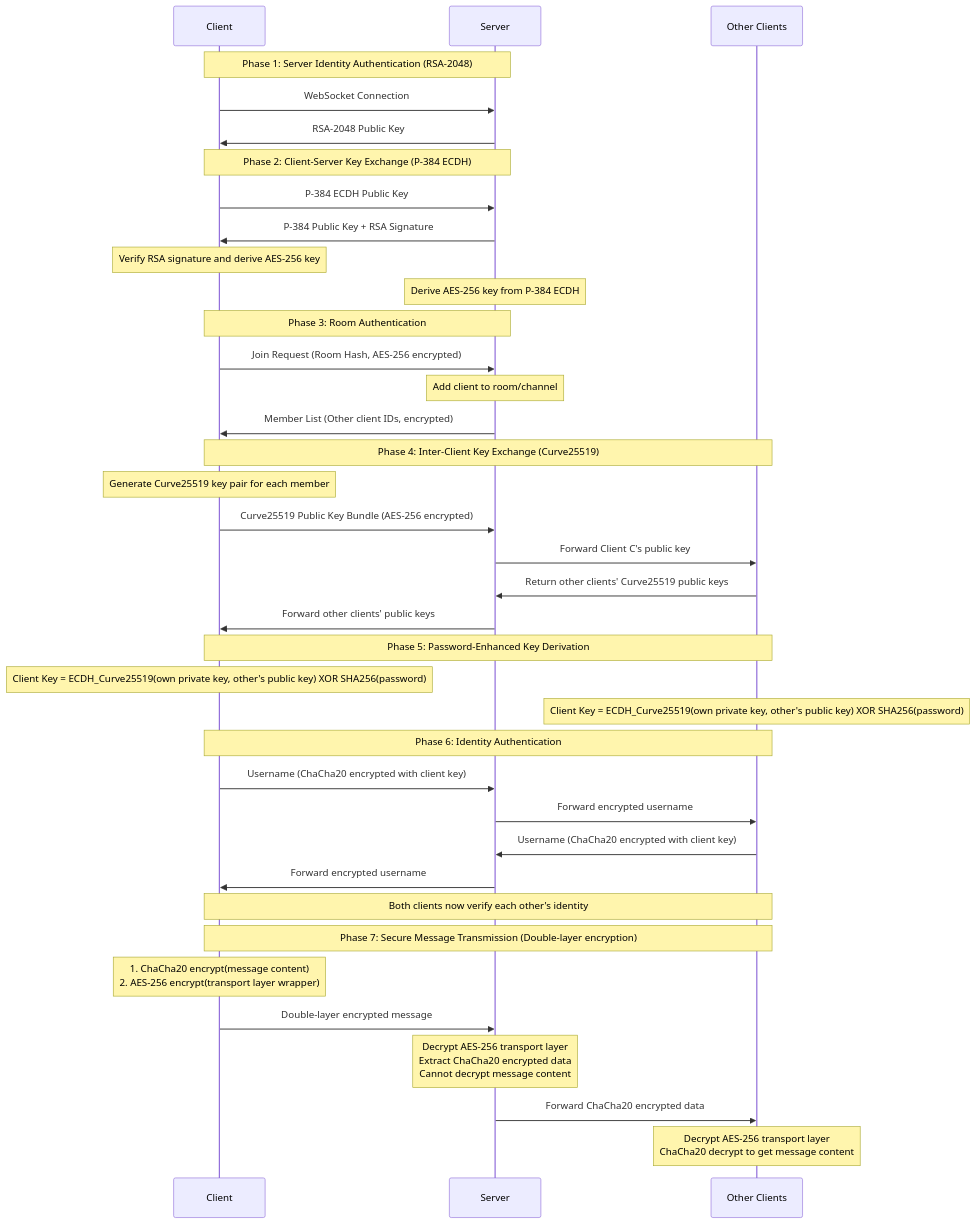
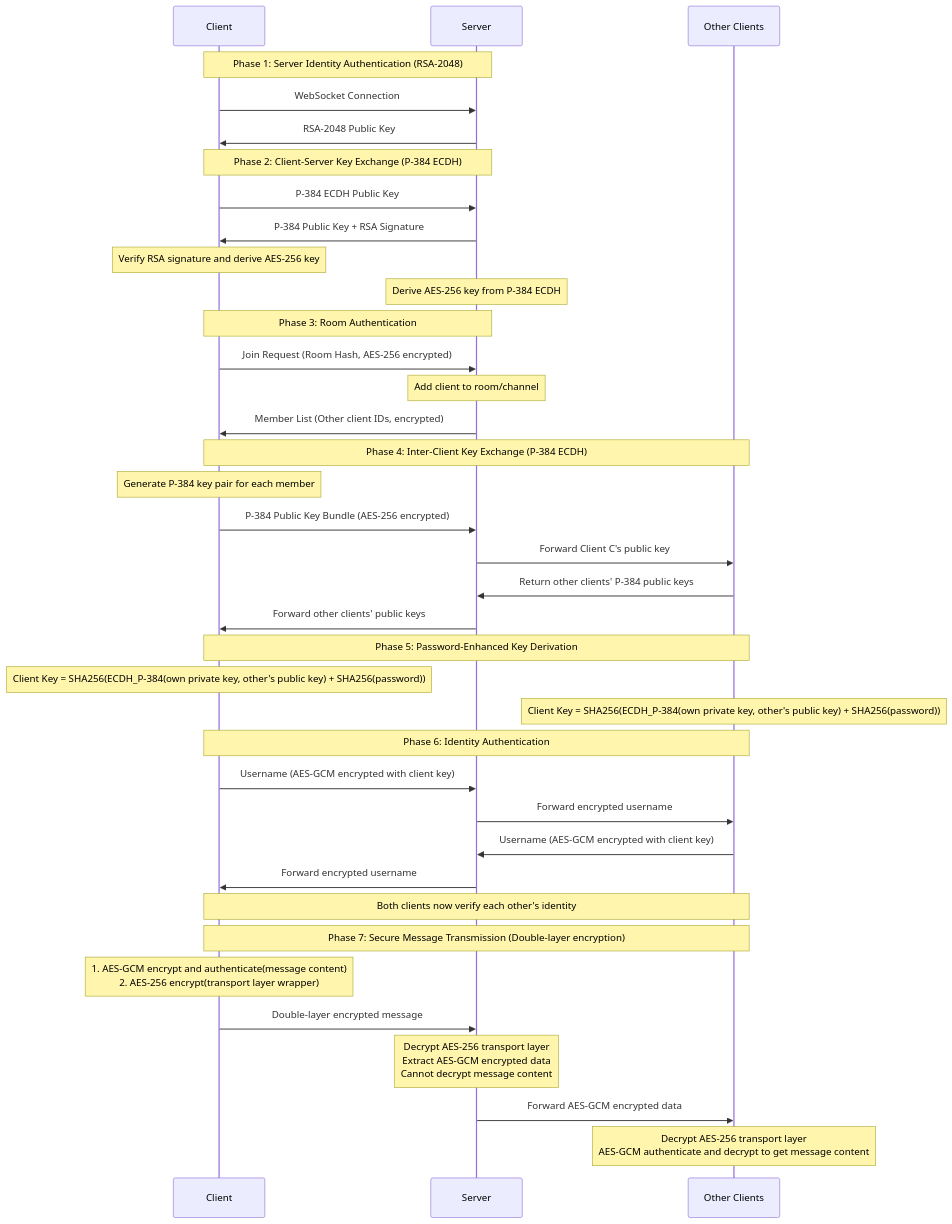
One commit to deeeeeeeeap/nodecrypt changed the diagram in README_EN.md. Above: the diagram before and after it, drawn with Mermaid. The commit also changed other lines of this file and 18 other files, not shown here.

````diff
--- a/README_EN.md
+++ b/README_EN.md
@@ -82,46 +101,46 @@
 ```mermaid
 sequenceDiagram
     participant C as Client
     participant S as Server
     participant O as Other Clients
 
     Note over C,S: Phase 1: Server Identity Authentication (RSA-2048)
     C->>S: WebSocket Connection
     S->>C: RSA-2048 Public Key
     
     Note over C,S: Phase 2: Client-Server Key Exchange (P-384 ECDH)
     C->>S: P-384 ECDH Public Key
     S->>C: P-384 Public Key + RSA Signature
     Note over C: Verify RSA signature and derive AES-256 key
     Note over S: Derive AES-256 key from P-384 ECDH
     
     Note over C,S: Phase 3: Room Authentication
     C->>S: Join Request (Room Hash, AES-256 encrypted)
     Note over S: Add client to room/channel
     S->>C: Member List (Other client IDs, encrypted)
     
-    Note over C,O: Phase 4: Inter-Client Key Exchange (Curve25519)
-    Note over C: Generate Curve25519 key pair for each member
-    C->>S: Curve25519 Public Key Bundle (AES-256 encrypted)
+    Note over C,O: Phase 4: Inter-Client Key Exchange (P-384 ECDH)
+    Note over C: Generate P-384 key pair for each member
+    C->>S: P-384 Public Key Bundle (AES-256 encrypted)
     S->>O: Forward Client C's public key
-    O->>S: Return other clients' Curve25519 public keys
+    O->>S: Return other clients' P-384 public keys
     S->>C: Forward other clients' public keys
     
     Note over C,O: Phase 5: Password-Enhanced Key Derivation
-    Note over C: Client Key = ECDH_Curve25519(own private key, other's public key) XOR SHA256(password)
-    Note over O: Client Key = ECDH_Curve25519(own private key, other's public key) XOR SHA256(password)
+    Note over C: Client Key = SHA256(ECDH_P-384(own private key, other's public key) + SHA256(password))
+    Note over O: Client Key = SHA256(ECDH_P-384(own private key, other's public key) + SHA256(password))
     
     Note over C,O: Phase 6: Identity Authentication
-    C->>S: Username (ChaCha20 encrypted with client key)
+    C->>S: Username (AES-GCM encrypted with client key)
     S->>O: Forward encrypted username
-    O->>S: Username (ChaCha20 encrypted with client key)
+    O->>S: Username (AES-GCM encrypted with client key)
     S->>C: Forward encrypted username
     Note over C,O: Both clients now verify each other's identity
     
     Note over C,O: Phase 7: Secure Message Transmission (Double-layer encryption)
-    Note over C: 1. ChaCha20 encrypt(message content)<br/>2. AES-256 encrypt(transport layer wrapper)
+    Note over C: 1. AES-GCM encrypt and authenticate(message content)<br/>2. AES-256 encrypt(transport layer wrapper)
     C->>S: Double-layer encrypted message
-    Note over S: Decrypt AES-256 transport layer<br/>Extract ChaCha20 encrypted data<br/>Cannot decrypt message content
-    S->>O: Forward ChaCha20 encrypted data
-    Note over O: Decrypt AES-256 transport layer<br/>ChaCha20 decrypt to get message content
+    Note over S: Decrypt AES-256 transport layer<br/>Extract AES-GCM encrypted data<br/>Cannot decrypt message content
+    S->>O: Forward AES-GCM encrypted data
+    Note over O: Decrypt AES-256 transport layer<br/>AES-GCM authenticate and decrypt to get message content
 ```
````
